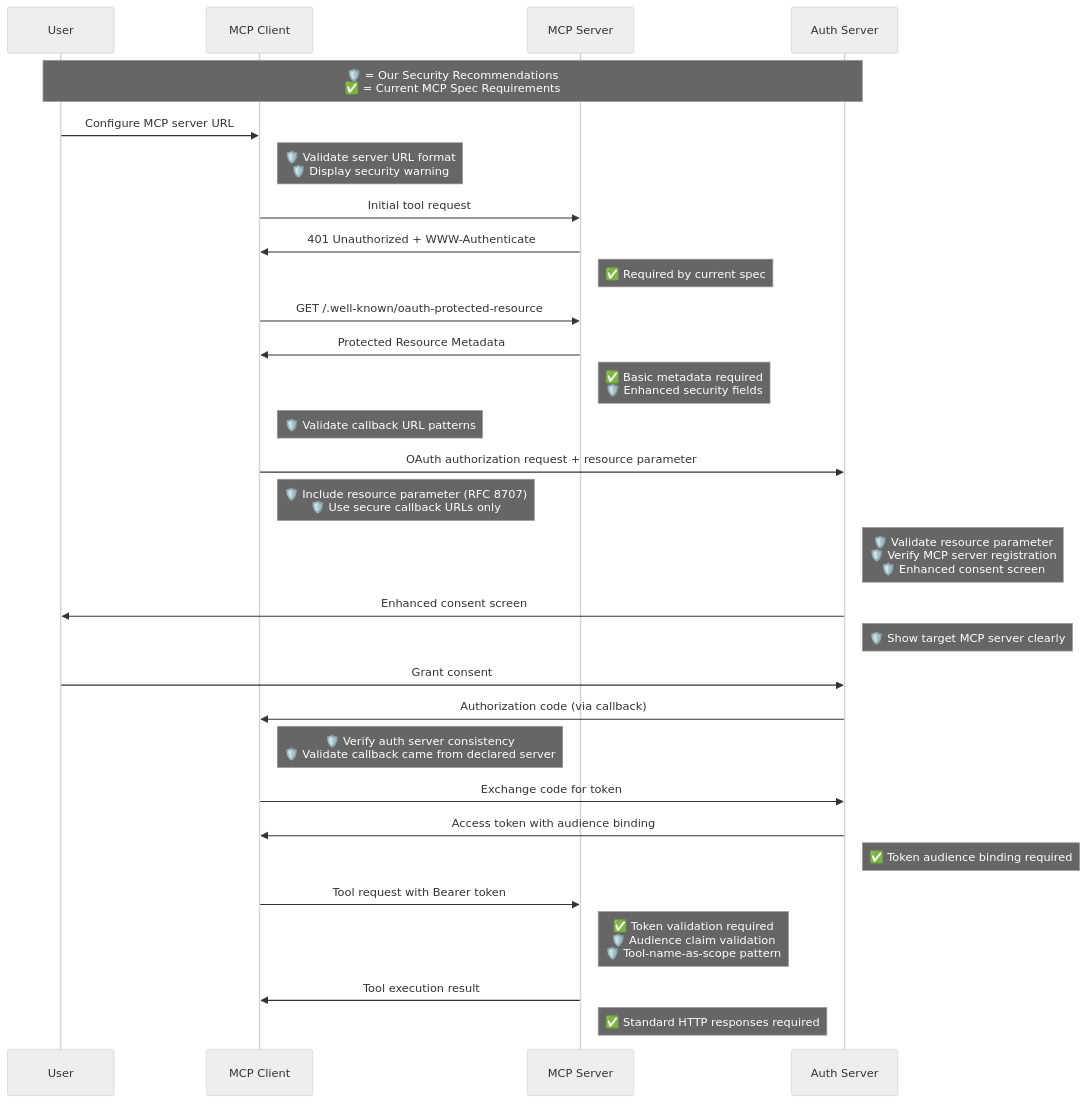
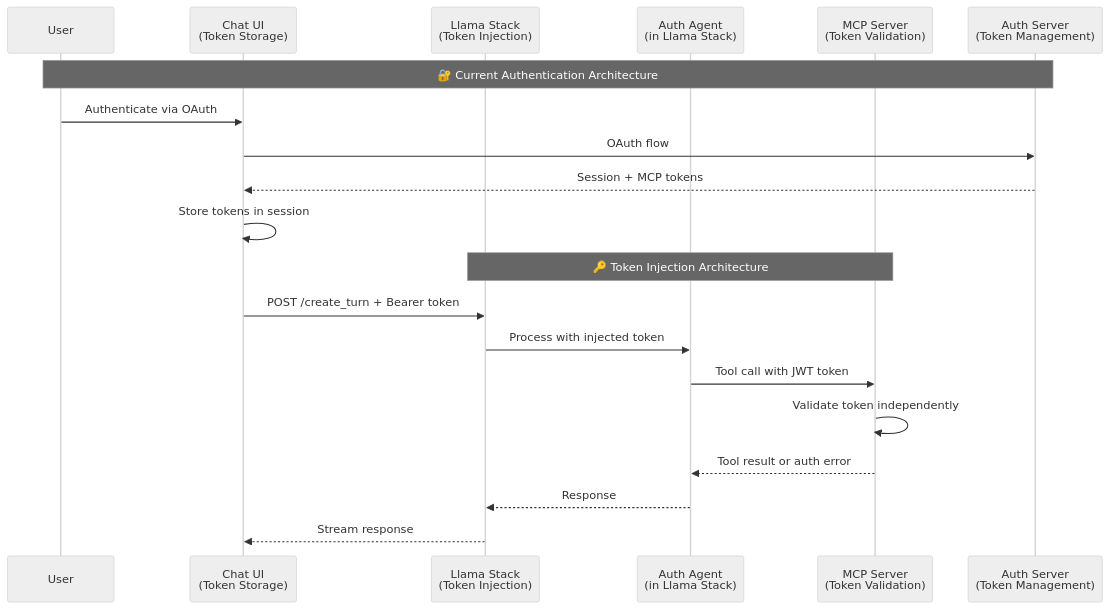
The first of 3 diagrams in mcp/MCP_SERVER_AUTH_RESPONSIBILITIES.md (gallettilance/agentic-auth), drawn with Mermaid (neutral theme) before and after one commit. The commit also changed other lines of this file and 19 other files, not shown here.

Commit message:
docs and diagrams cleanup

````diff
--- a/mcp/MCP_SERVER_AUTH_RESPONSIBILITIES.md
+++ b/mcp/MCP_SERVER_AUTH_RESPONSIBILITIES.md
@@ -24,42 +24,25 @@
 ```mermaid
 sequenceDiagram
-    participant User
-    participant Client as MCP Client  
-    participant Server as MCP Server
-    participant Auth as Auth Server
+    participant U as User
+    participant CUI as Chat UI<br/>(Token Storage)
+    participant LS as Llama Stack<br/>(Token Injection)
+    participant AA as Auth Agent<br/>(in Llama Stack)
+    participant MCP as MCP Server<br/>(Token Validation)
+    participant AS as Auth Server<br/>(Token Management)
 
-    Note over User,Auth: 🛡️ = Our Security Recommendations<br/>✅ = Current MCP Spec Requirements
+    Note over U,AS: 🔐 Current Authentication Architecture
 
-    User->>Client: Configure MCP server URL
-    Note right of Client: 🛡️ Validate server URL format<br/>🛡️ Display security warning
+    U->>CUI: Authenticate via OAuth
+    CUI->>AS: OAuth flow
+    AS-->>CUI: Session + MCP tokens
+    CUI->>CUI: Store tokens in session
 
-    Client->>Server: Initial tool request
-    Server->>Client: 401 Unauthorized + WWW-Authenticate
-    Note right of Server: ✅ Required by current spec
-
-    Client->>Server: GET /.well-known/oauth-protected-resource
-    Server->>Client: Protected Resource Metadata
-    Note right of Server: ✅ Basic metadata required<br/>🛡️ Enhanced security fields
-
-    Note right of Client: 🛡️ Validate callback URL patterns
-    Client->>Auth: OAuth authorization request + resource parameter
-    Note right of Client: 🛡️ Include resource parameter (RFC 8707)<br/>🛡️ Use secure callback URLs only
-
-    Note right of Auth: 🛡️ Validate resource parameter<br/>🛡️ Verify MCP server registration<br/>🛡️ Enhanced consent screen
-    Auth->>User: Enhanced consent screen
-    Note right of Auth: 🛡️ Show target MCP server clearly
-
-    User->>Auth: Grant consent
-    Auth->>Client: Authorization code (via callback)
-    Note right of Client: 🛡️ Verify auth server consistency<br/>🛡️ Validate callback came from declared server
-
-    Client->>Auth: Exchange code for token
-    Auth->>Client: Access token with audience binding
-    Note right of Auth: ✅ Token audience binding required
-
-    Client->>Server: Tool request with Bearer token
-    Note right of Server: ✅ Token validation required<br/>🛡️ Audience claim validation<br/>🛡️ Tool-name-as-scope pattern
-
-    Server->>Client: Tool execution result
-    Note right of Server: ✅ Standard HTTP responses required
+    Note over LS,MCP: 🔑 Token Injection Architecture
+    CUI->>LS: POST /create_turn + Bearer token
+    LS->>AA: Process with injected token
+    AA->>MCP: Tool call with JWT token
+    MCP->>MCP: Validate token independently
+    MCP-->>AA: Tool result or auth error
+    AA-->>LS: Response
+    LS-->>CUI: Stream response
 ```
````
